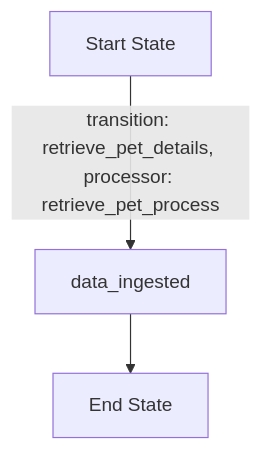
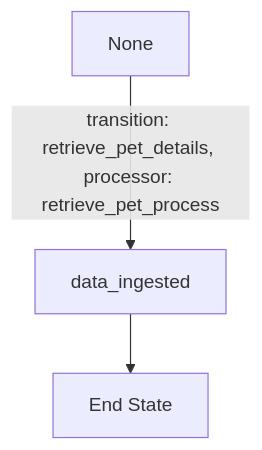
One commit to Cyoda-platform/quart-client-template changed the first of 4 diagrams in entity/app_design_prd.md. Above: the diagram before and after it, drawn with Mermaid.

````diff
--- a/entity/app_design_prd.md
+++ b/entity/app_design_prd.md
@@ -45,7 +45,7 @@
 ```mermaid
 flowchart TD
-    A[Start State] -->|transition: retrieve_pet_details, processor: retrieve_pet_process| B[data_ingested]
+    A[None] -->|transition: retrieve_pet_details, processor: retrieve_pet_process| B[data_ingested]
     B --> C[End State]
 
     class A,B,C automated;
 ```
````
